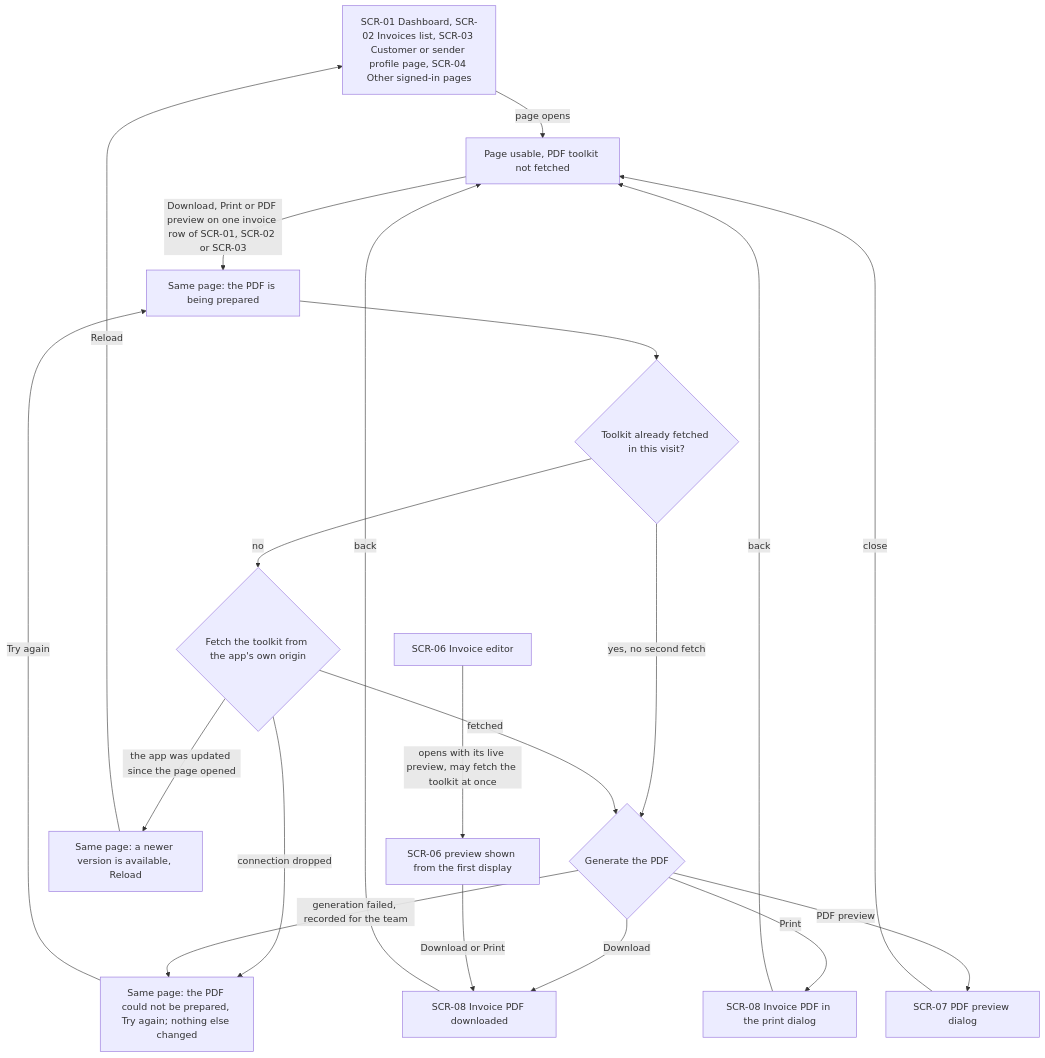
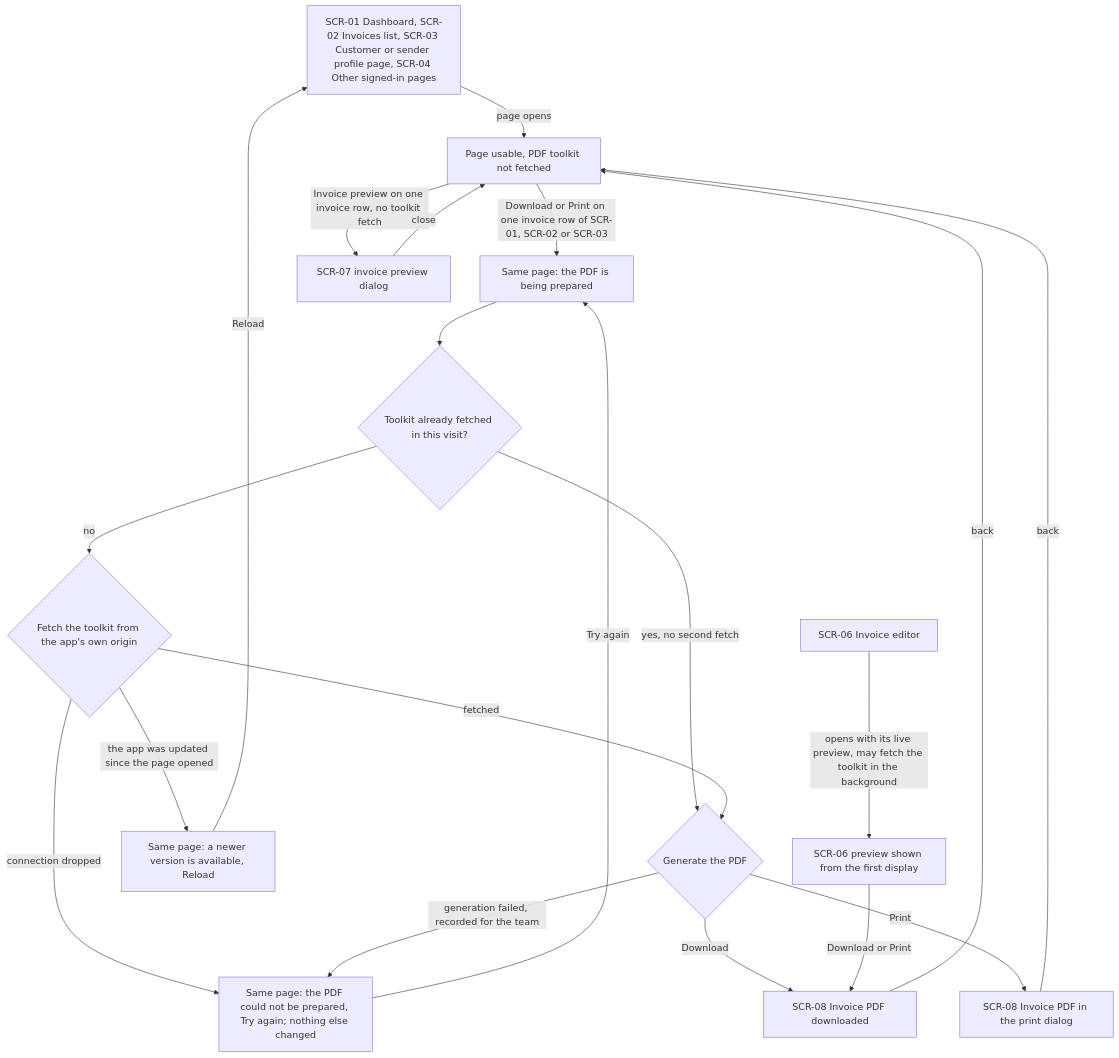
Before and after one commit to GopkoDev/invoiceForge: the first of 7 diagrams in docs/features/editor-ux/ux-flows.md, drawn with Mermaid. The commit also changed other lines of this file and 5 other files, not shown here.

First line of the commit message:
docs(editor-ux): reword AC-01 and AC-02b for the HTML preview and drop the dead preview PDF action

````diff
--- a/docs/features/editor-ux/ux-flows.md
+++ b/docs/features/editor-ux/ux-flows.md
@@ -53,22 +55,22 @@
 ```mermaid
 flowchart TD
     A0["SCR-01 Dashboard, SCR-02 Invoices list, SCR-03 Customer or sender profile page, SCR-04 Other signed-in pages"] -->|"page opens"| A1["Page usable, PDF toolkit not fetched"]
-    A1 -->|"Download, Print or PDF preview on one invoice row of SCR-01, SCR-02 or SCR-03"| A2["Same page: the PDF is being prepared"]
+    A1 -->|"Download or Print on one invoice row of SCR-01, SCR-02 or SCR-03"| A2["Same page: the PDF is being prepared"]
     A2 --> A3{"Toolkit already fetched in this visit?"}
     A3 -->|"yes, no second fetch"| A5{"Generate the PDF"}
     A3 -->|"no"| A4{"Fetch the toolkit from the app's own origin"}
     A4 -->|"fetched"| A5
     A4 -->|"connection dropped"| A6["Same page: the PDF could not be prepared, Try again; nothing else changed"]
     A4 -->|"the app was updated since the page opened"| A7["Same page: a newer version is available, Reload"]
     A5 -->|"generation failed, recorded for the team"| A6
     A6 -->|"Try again"| A2
     A7 -->|"Reload"| A0
     A5 -->|"Download"| A8["SCR-08 Invoice PDF downloaded"]
     A5 -->|"Print"| A9["SCR-08 Invoice PDF in the print dialog"]
-    A5 -->|"PDF preview"| A10["SCR-07 PDF preview dialog"]
+    A1 -->|"Invoice preview on one invoice row, no toolkit fetch"| A10["SCR-07 invoice preview dialog"]
     A8 -->|"back"| A1
     A9 -->|"back"| A1
     A10 -->|"close"| A1
-    E0["SCR-06 Invoice editor"] -->|"opens with its live preview, may fetch the toolkit at once"| E1["SCR-06 preview shown from the first display"]
+    E0["SCR-06 Invoice editor"] -->|"opens with its live preview, may fetch the toolkit in the background"| E1["SCR-06 preview shown from the first display"]
     E1 -->|"Download or Print"| A8
 ```
````
